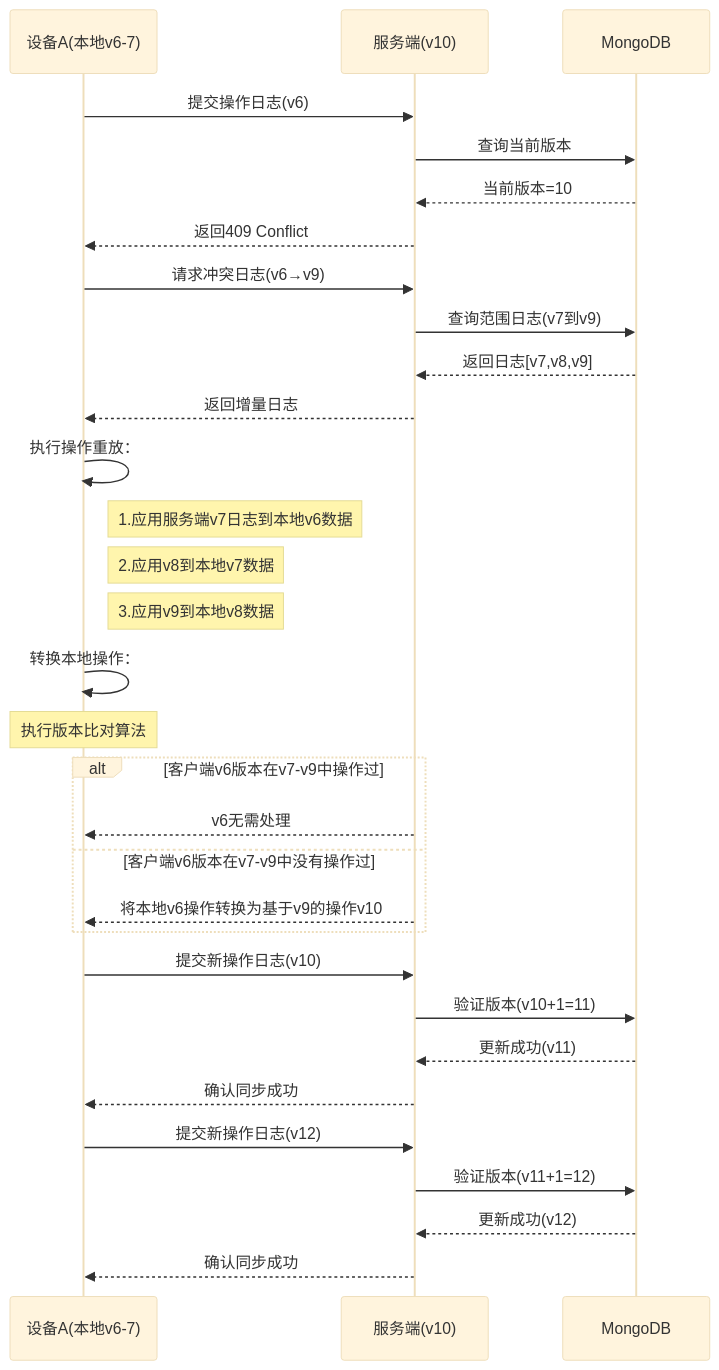
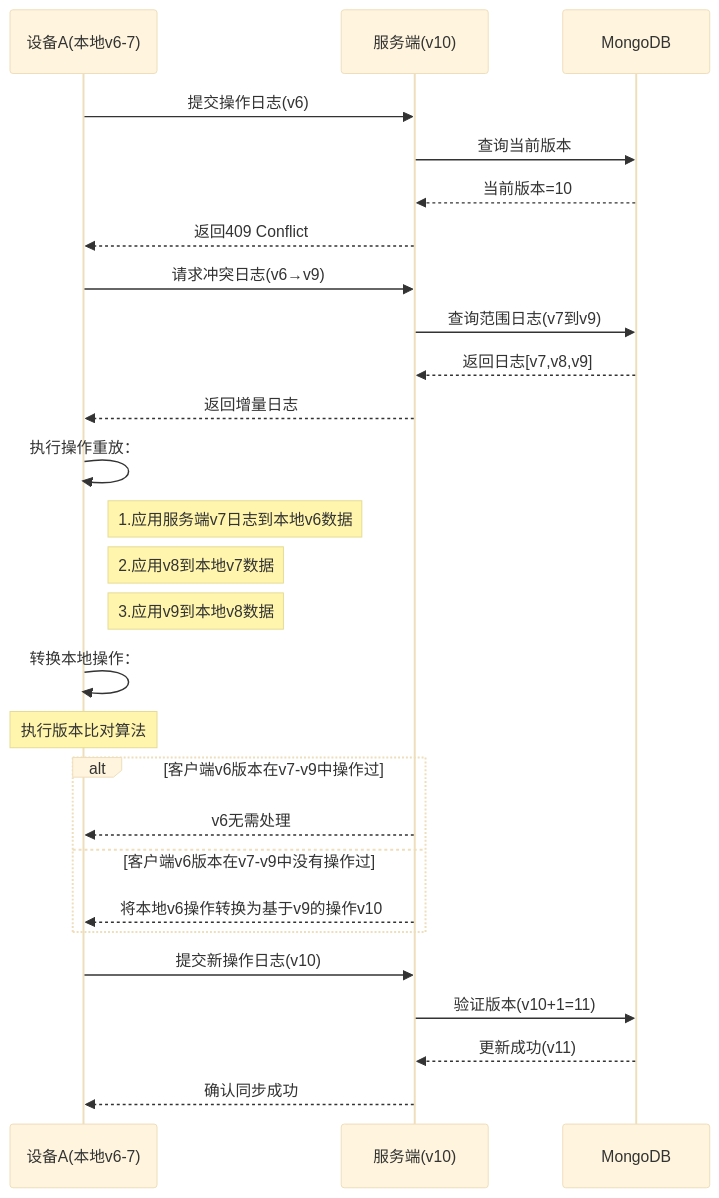
Before and after one commit to yingjianzh/iodraw-files: the diagram in all/未命名-26.md, drawn with Mermaid (base theme).

Commit message:
2025-02-26 17:02:19 update

````diff
--- a/all/未命名-26.md
+++ b/all/未命名-26.md
@@ -1,45 +1,42 @@
 ```mermaid
 sequenceDiagram
     participant A as 设备A(本地v6-7)
     participant S as 服务端(v10)
     participant DB as MongoDB
 
     %% 初始同步尝试
     A->>S: 提交操作日志(v6)
     S->>DB: 查询当前版本
     DB-->>S: 当前版本=10
     S-->>A: 返回409 Conflict
 
     %% 冲突解决阶段
     A->>S: 请求冲突日志(v6→v9)
     S->>DB: 查询范围日志(v7到v9)
     DB-->>S: 返回日志[v7,v8,v9]
     S-->>A: 返回增量日志
 
 
     %% 本地数据重建
     A->>A: 执行操作重放：
     note right of A: 1.应用服务端v7日志到本地v6数据
     note right of A: 2.应用v8到本地v7数据
     note right of A: 3.应用v9到本地v8数据
 
     %% 本地操作转换
     A->>A: 转换本地操作：
     Note over A: 执行版本比对算法
     alt 客户端v6版本在v7-v9中操作过
         S-->>A: v6无需处理
     else 客户端v6版本在v7-v9中没有操作过
         S-->>A: 将本地v6操作转换为基于v9的操作v10
     end
 
     %% 重新提交
     A->>S: 提交新操作日志(v10)
     S->>DB: 验证版本(v10+1=11)
     DB-->>S: 更新成功(v11)
     S-->>A: 确认同步成功
 
-    A->>S: 提交新操作日志(v12)
-    S->>DB: 验证版本(v11+1=12)
-    DB-->>S: 更新成功(v12)
-    S-->>A: 确认同步成功
+    
 ```
````
